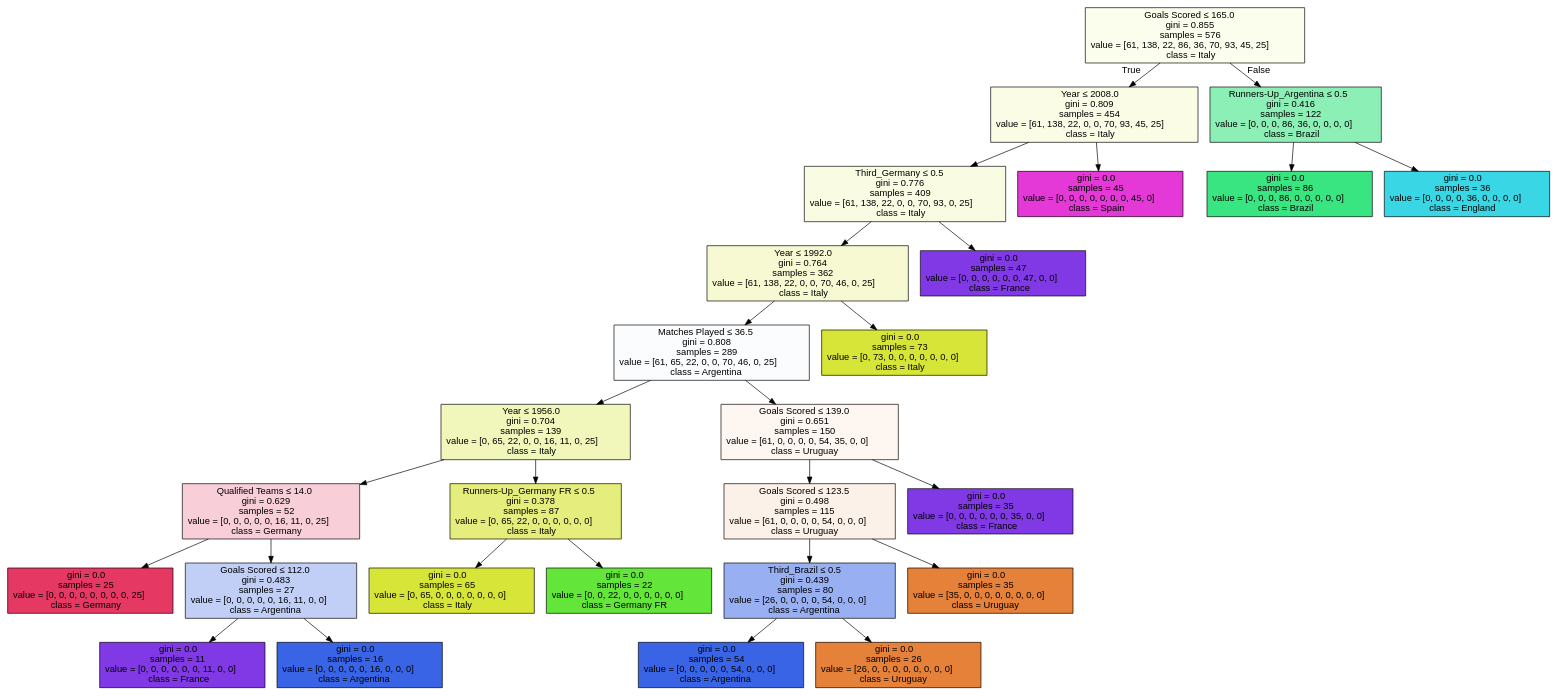
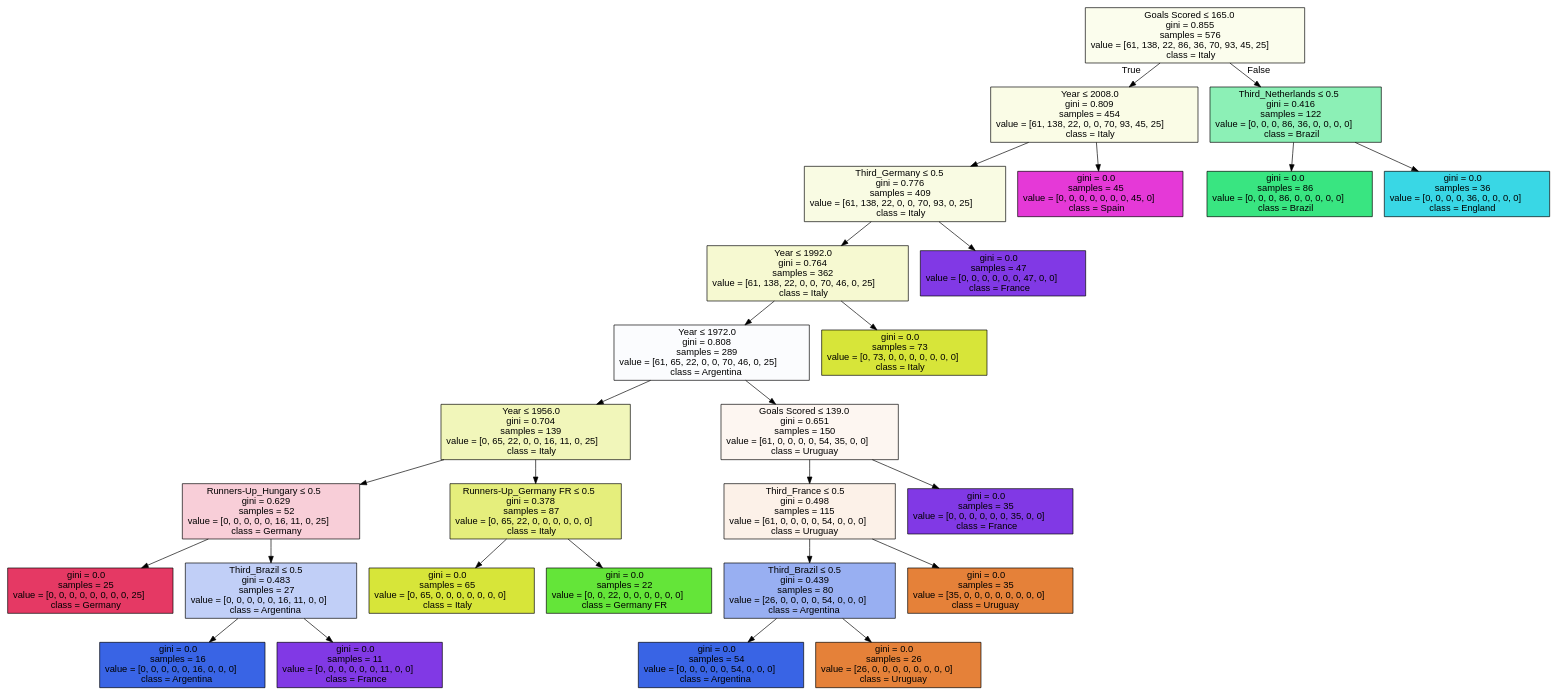
One commit to juanandresc-jarp/MachineLearningProject changed the diagram in world_cup.dot. Above: the diagram before and after it, drawn with Graphviz. The commit also changed 2 other files, not shown here.

```diff
--- a/world_cup.dot
+++ b/world_cup.dot
@@ -1,57 +1,57 @@
 digraph Tree {
 node [shape=box, style="filled", color="black", fontname="helvetica"] ;
 edge [fontname="helvetica"] ;
 0 [label=<Goals Scored &le; 165.0<br/>gini = 0.855<br/>samples = 576<br/>value = [61, 138, 22, 86, 36, 70, 93, 45, 25]<br/>class = Italy>, fillcolor="#fbfded"] ;
 1 [label=<Year &le; 2008.0<br/>gini = 0.809<br/>samples = 454<br/>value = [61, 138, 22, 0, 0, 70, 93, 45, 25]<br/>class = Italy>, fillcolor="#fafce6"] ;
 0 -> 1 [labeldistance=2.5, labelangle=45, headlabel="True"] ;
 2 [label=<Third_Germany &le; 0.5<br/>gini = 0.776<br/>samples = 409<br/>value = [61, 138, 22, 0, 0, 70, 93, 0, 25]<br/>class = Italy>, fillcolor="#f9fbe3"] ;
 1 -> 2 ;
 3 [label=<Year &le; 1992.0<br/>gini = 0.764<br/>samples = 362<br/>value = [61, 138, 22, 0, 0, 70, 46, 0, 25]<br/>class = Italy>, fillcolor="#f6f9d1"] ;
 2 -> 3 ;
-4 [label=<Matches Played &le; 36.5<br/>gini = 0.808<br/>samples = 289<br/>value = [61, 65, 22, 0, 0, 70, 46, 0, 25]<br/>class = Argentina>, fillcolor="#fbfcfe"] ;
+4 [label=<Year &le; 1972.0<br/>gini = 0.808<br/>samples = 289<br/>value = [61, 65, 22, 0, 0, 70, 46, 0, 25]<br/>class = Argentina>, fillcolor="#fbfcfe"] ;
 3 -> 4 ;
 5 [label=<Year &le; 1956.0<br/>gini = 0.704<br/>samples = 139<br/>value = [0, 65, 22, 0, 0, 16, 11, 0, 25]<br/>class = Italy>, fillcolor="#f1f6ba"] ;
 4 -> 5 ;
-6 [label=<Qualified Teams &le; 14.0<br/>gini = 0.629<br/>samples = 52<br/>value = [0, 0, 0, 0, 0, 16, 11, 0, 25]<br/>class = Germany>, fillcolor="#f8ced8"] ;
+6 [label=<Runners-Up_Hungary &le; 0.5<br/>gini = 0.629<br/>samples = 52<br/>value = [0, 0, 0, 0, 0, 16, 11, 0, 25]<br/>class = Germany>, fillcolor="#f8ced8"] ;
 5 -> 6 ;
 7 [label=<gini = 0.0<br/>samples = 25<br/>value = [0, 0, 0, 0, 0, 0, 0, 0, 25]<br/>class = Germany>, fillcolor="#e53964"] ;
 6 -> 7 ;
-8 [label=<Goals Scored &le; 112.0<br/>gini = 0.483<br/>samples = 27<br/>value = [0, 0, 0, 0, 0, 16, 11, 0, 0]<br/>class = Argentina>, fillcolor="#c1cff7"] ;
+8 [label=<Third_Brazil &le; 0.5<br/>gini = 0.483<br/>samples = 27<br/>value = [0, 0, 0, 0, 0, 16, 11, 0, 0]<br/>class = Argentina>, fillcolor="#c1cff7"] ;
 6 -> 8 ;
-9 [label=<gini = 0.0<br/>samples = 11<br/>value = [0, 0, 0, 0, 0, 0, 11, 0, 0]<br/>class = France>, fillcolor="#8139e5"] ;
+9 [label=<gini = 0.0<br/>samples = 16<br/>value = [0, 0, 0, 0, 0, 16, 0, 0, 0]<br/>class = Argentina>, fillcolor="#3964e5"] ;
 8 -> 9 ;
-10 [label=<gini = 0.0<br/>samples = 16<br/>value = [0, 0, 0, 0, 0, 16, 0, 0, 0]<br/>class = Argentina>, fillcolor="#3964e5"] ;
+10 [label=<gini = 0.0<br/>samples = 11<br/>value = [0, 0, 0, 0, 0, 0, 11, 0, 0]<br/>class = France>, fillcolor="#8139e5"] ;
 8 -> 10 ;
 11 [label=<Runners-Up_Germany FR &le; 0.5<br/>gini = 0.378<br/>samples = 87<br/>value = [0, 65, 22, 0, 0, 0, 0, 0, 0]<br/>class = Italy>, fillcolor="#e5ee7c"] ;
 5 -> 11 ;
 12 [label=<gini = 0.0<br/>samples = 65<br/>value = [0, 65, 0, 0, 0, 0, 0, 0, 0]<br/>class = Italy>, fillcolor="#d7e539"] ;
 11 -> 12 ;
 13 [label=<gini = 0.0<br/>samples = 22<br/>value = [0, 0, 22, 0, 0, 0, 0, 0, 0]<br/>class = Germany FR>, fillcolor="#64e539"] ;
 11 -> 13 ;
 14 [label=<Goals Scored &le; 139.0<br/>gini = 0.651<br/>samples = 150<br/>value = [61, 0, 0, 0, 0, 54, 35, 0, 0]<br/>class = Uruguay>, fillcolor="#fdf6f1"] ;
 4 -> 14 ;
-15 [label=<Goals Scored &le; 123.5<br/>gini = 0.498<br/>samples = 115<br/>value = [61, 0, 0, 0, 0, 54, 0, 0, 0]<br/>class = Uruguay>, fillcolor="#fcf1e8"] ;
+15 [label=<Third_France &le; 0.5<br/>gini = 0.498<br/>samples = 115<br/>value = [61, 0, 0, 0, 0, 54, 0, 0, 0]<br/>class = Uruguay>, fillcolor="#fcf1e8"] ;
 14 -> 15 ;
 16 [label=<Third_Brazil &le; 0.5<br/>gini = 0.439<br/>samples = 80<br/>value = [26, 0, 0, 0, 0, 54, 0, 0, 0]<br/>class = Argentina>, fillcolor="#98aff2"] ;
 15 -> 16 ;
 17 [label=<gini = 0.0<br/>samples = 54<br/>value = [0, 0, 0, 0, 0, 54, 0, 0, 0]<br/>class = Argentina>, fillcolor="#3964e5"] ;
 16 -> 17 ;
 18 [label=<gini = 0.0<br/>samples = 26<br/>value = [26, 0, 0, 0, 0, 0, 0, 0, 0]<br/>class = Uruguay>, fillcolor="#e58139"] ;
 16 -> 18 ;
 19 [label=<gini = 0.0<br/>samples = 35<br/>value = [35, 0, 0, 0, 0, 0, 0, 0, 0]<br/>class = Uruguay>, fillcolor="#e58139"] ;
 15 -> 19 ;
 20 [label=<gini = 0.0<br/>samples = 35<br/>value = [0, 0, 0, 0, 0, 0, 35, 0, 0]<br/>class = France>, fillcolor="#8139e5"] ;
 14 -> 20 ;
 21 [label=<gini = 0.0<br/>samples = 73<br/>value = [0, 73, 0, 0, 0, 0, 0, 0, 0]<br/>class = Italy>, fillcolor="#d7e539"] ;
 3 -> 21 ;
 22 [label=<gini = 0.0<br/>samples = 47<br/>value = [0, 0, 0, 0, 0, 0, 47, 0, 0]<br/>class = France>, fillcolor="#8139e5"] ;
 2 -> 22 ;
 23 [label=<gini = 0.0<br/>samples = 45<br/>value = [0, 0, 0, 0, 0, 0, 0, 45, 0]<br/>class = Spain>, fillcolor="#e539d7"] ;
 1 -> 23 ;
-24 [label=<Runners-Up_Argentina &le; 0.5<br/>gini = 0.416<br/>samples = 122<br/>value = [0, 0, 0, 86, 36, 0, 0, 0, 0]<br/>class = Brazil>, fillcolor="#8cf0b6"] ;
+24 [label=<Third_Netherlands &le; 0.5<br/>gini = 0.416<br/>samples = 122<br/>value = [0, 0, 0, 86, 36, 0, 0, 0, 0]<br/>class = Brazil>, fillcolor="#8cf0b6"] ;
 0 -> 24 [labeldistance=2.5, labelangle=-45, headlabel="False"] ;
 25 [label=<gini = 0.0<br/>samples = 86<br/>value = [0, 0, 0, 86, 0, 0, 0, 0, 0]<br/>class = Brazil>, fillcolor="#39e581"] ;
 24 -> 25 ;
 26 [label=<gini = 0.0<br/>samples = 36<br/>value = [0, 0, 0, 0, 36, 0, 0, 0, 0]<br/>class = England>, fillcolor="#39d7e5"] ;
 24 -> 26 ;
 }
```
